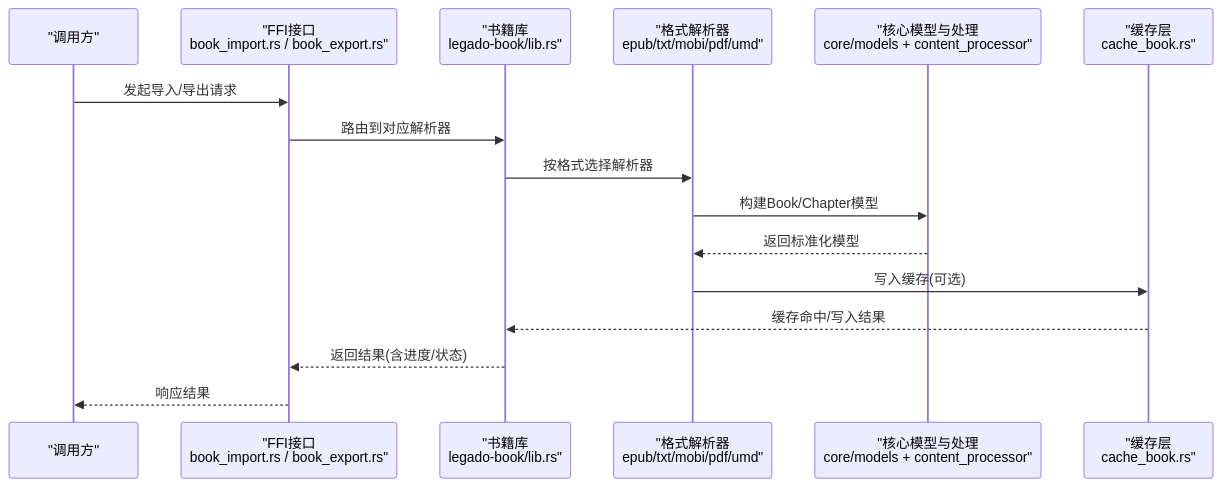
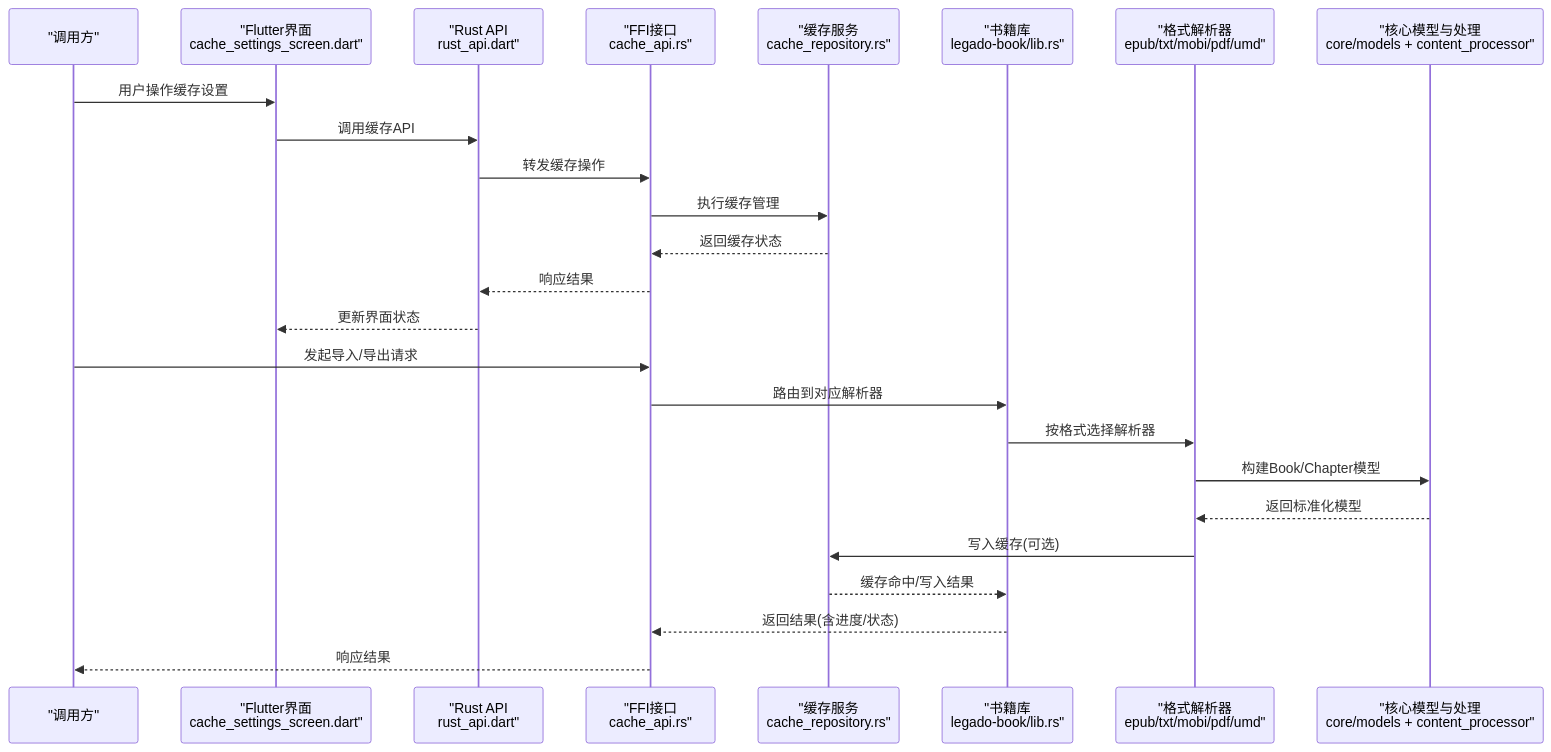
One commit to ZhangGHGitHub/LegadoTeamFlutter changed the second of 10 diagrams in .qoder/repowiki/zh/content/书籍处理系统/书籍处理系统.md. Above: the diagram before and after it, drawn with Mermaid. The commit also changed other lines of this file and 66 other files, not shown here.

````diff
--- a/.qoder/repowiki/zh/content/书籍处理系统/书籍处理系统.md
+++ b/.qoder/repowiki/zh/content/书籍处理系统/书籍处理系统.md
@@ -110,18 +135,27 @@
 ```mermaid
 sequenceDiagram
 participant Client as "调用方"
-participant FFI as "FFI接口<br/>book_import.rs / book_export.rs"
+participant FlutterUI as "Flutter界面<br/>cache_settings_screen.dart"
+participant RustApi as "Rust API<br/>rust_api.dart"
+participant FFI as "FFI接口<br/>cache_api.rs"
+participant CacheService as "缓存服务<br/>cache_repository.rs"
 participant BookLib as "书籍库<br/>legado-book/lib.rs"
 participant Parser as "格式解析器<br/>epub/txt/mobi/pdf/umd"
 participant Core as "核心模型与处理<br/>core/models + content_processor"
-participant Cache as "缓存层<br/>cache_book.rs"
+Client->>FlutterUI : 用户操作缓存设置
+FlutterUI->>RustApi : 调用缓存API
+RustApi->>FFI : 转发缓存操作
+FFI->>CacheService : 执行缓存管理
+CacheService-->>FFI : 返回缓存状态
+FFI-->>RustApi : 响应结果
+RustApi-->>FlutterUI : 更新界面状态
 Client->>FFI : 发起导入/导出请求
 FFI->>BookLib : 路由到对应解析器
 BookLib->>Parser : 按格式选择解析器
 Parser->>Core : 构建Book/Chapter模型
 Core-->>Parser : 返回标准化模型
-Parser->>Cache : 写入缓存(可选)
-Cache-->>BookLib : 缓存命中/写入结果
+Parser->>CacheService : 写入缓存(可选)
+CacheService-->>BookLib : 缓存命中/写入结果
 BookLib-->>FFI : 返回结果(含进度/状态)
 FFI-->>Client : 响应结果
 ```
````
